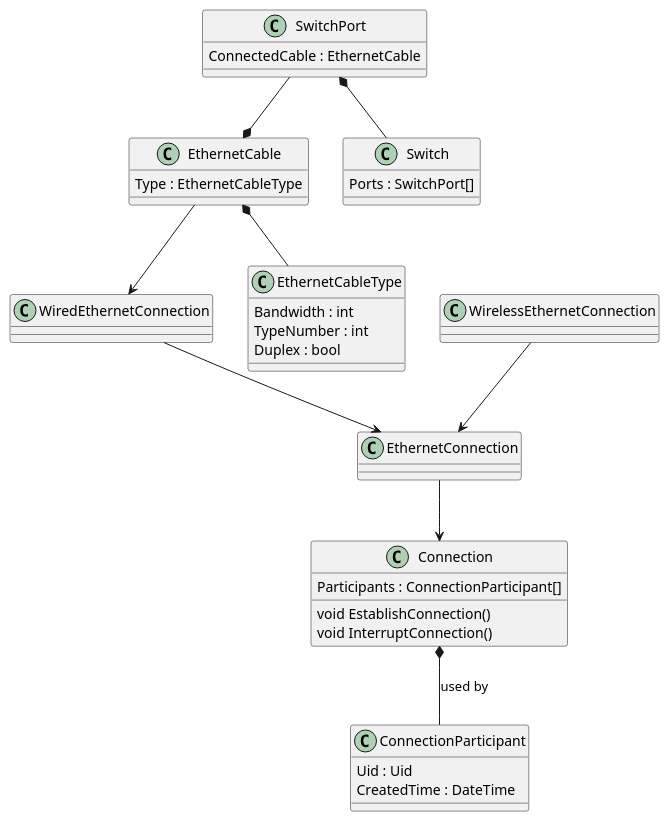
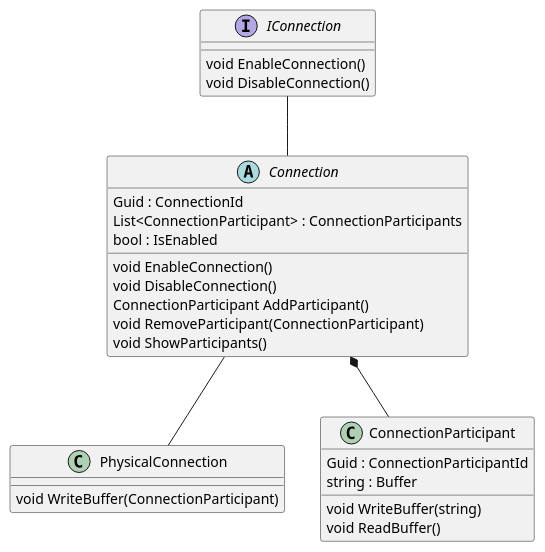
One commit to furensic/NetworkInfrastructureSimulator changed the diagram in NetworkInfrastructureSimulator/Connection.puml. Above: the diagram before and after it, drawn with PlantUML. The commit also changed 5 other files, not shown here.

Commit message:
uml diagramming

```diff
--- a/NetworkInfrastructureSimulator/Connection.puml
+++ b/NetworkInfrastructureSimulator/Connection.puml
@@ -1,49 +1,34 @@
 @startuml
-class Connection {
-Participants : ConnectionParticipant[]
+interface IConnection{
+void EnableConnection()
+void DisableConnection()
+}
 
-void EstablishConnection()
-void InterruptConnection()
+abstract class Connection{
+Guid : ConnectionId
+List<ConnectionParticipant> : ConnectionParticipants
+bool : IsEnabled
+
+void EnableConnection()
+void DisableConnection()
+ConnectionParticipant AddParticipant()
+void RemoveParticipant(ConnectionParticipant)
+void ShowParticipants()
+}
+
+class PhysicalConnection{
+void WriteBuffer(ConnectionParticipant)
 }
 
 class ConnectionParticipant{
-Uid : Uid
-CreatedTime : DateTime
+Guid : ConnectionParticipantId
+string : Buffer
 
+void WriteBuffer(string)
+void ReadBuffer()
 }
 
-class EthernetConnection{
-
-}
-
-class WiredEthernetConnection{}
-
-class WirelessEthernetConnection{}
-
-class EthernetCable{
-Type : EthernetCableType
-}
-
-class EthernetCableType {
-Bandwidth : int
-TypeNumber : int
-Duplex : bool
-}
-
-class Switch {
-Ports : SwitchPort[]
-}
-
-class SwitchPort {
-ConnectedCable : EthernetCable
-}
-
-EthernetConnection --> Connection
-WiredEthernetConnection --> EthernetConnection
-WirelessEthernetConnection --> EthernetConnection
-EthernetCable --> WiredEthernetConnection
-Connection *-- ConnectionParticipant : used by
-EthernetCable *-- EthernetCableType
-SwitchPort *-- Switch
-SwitchPort --* EthernetCable
+IConnection -- Connection
+Connection -- PhysicalConnection
+Connection *-- ConnectionParticipant
 @enduml
```
